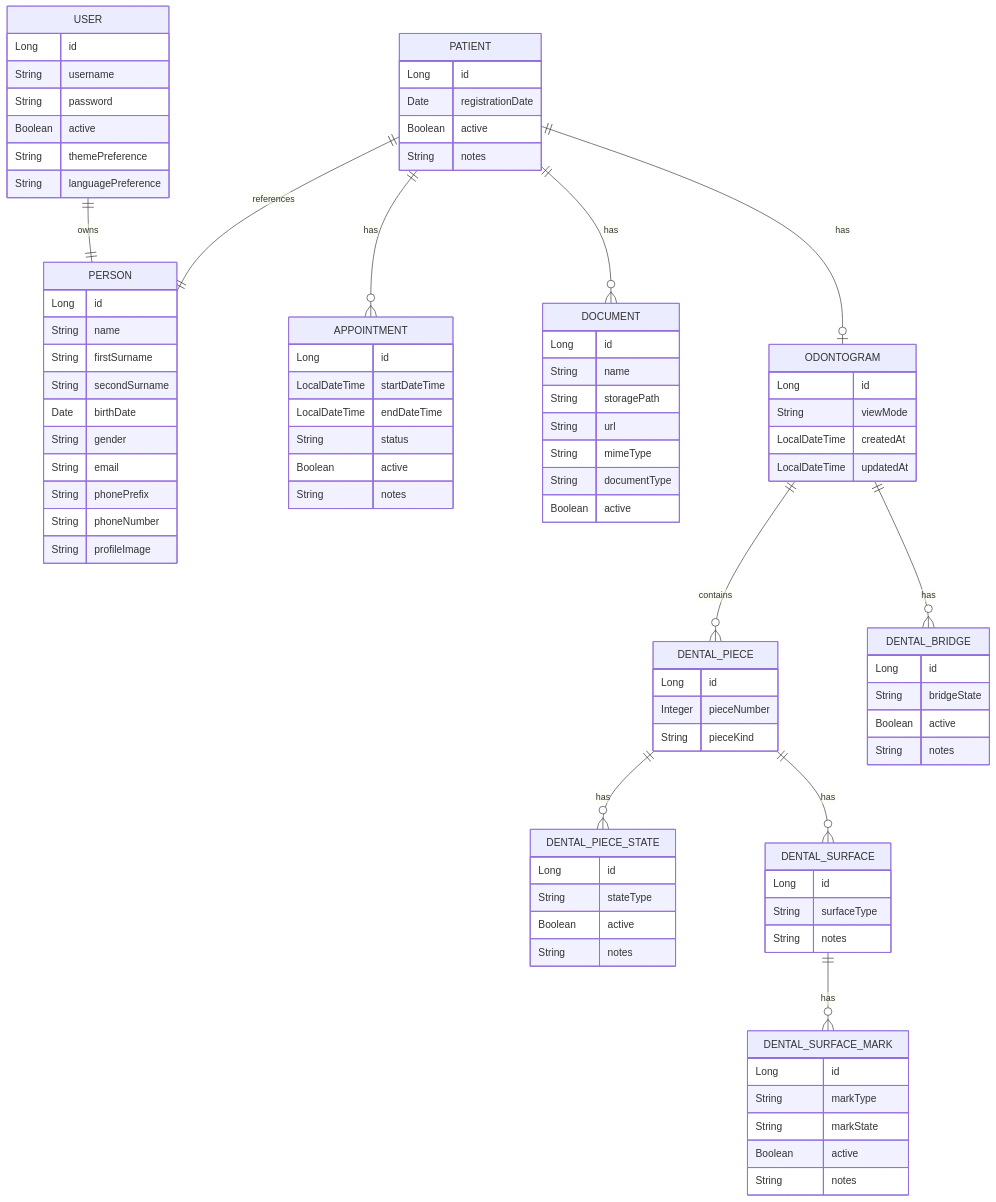
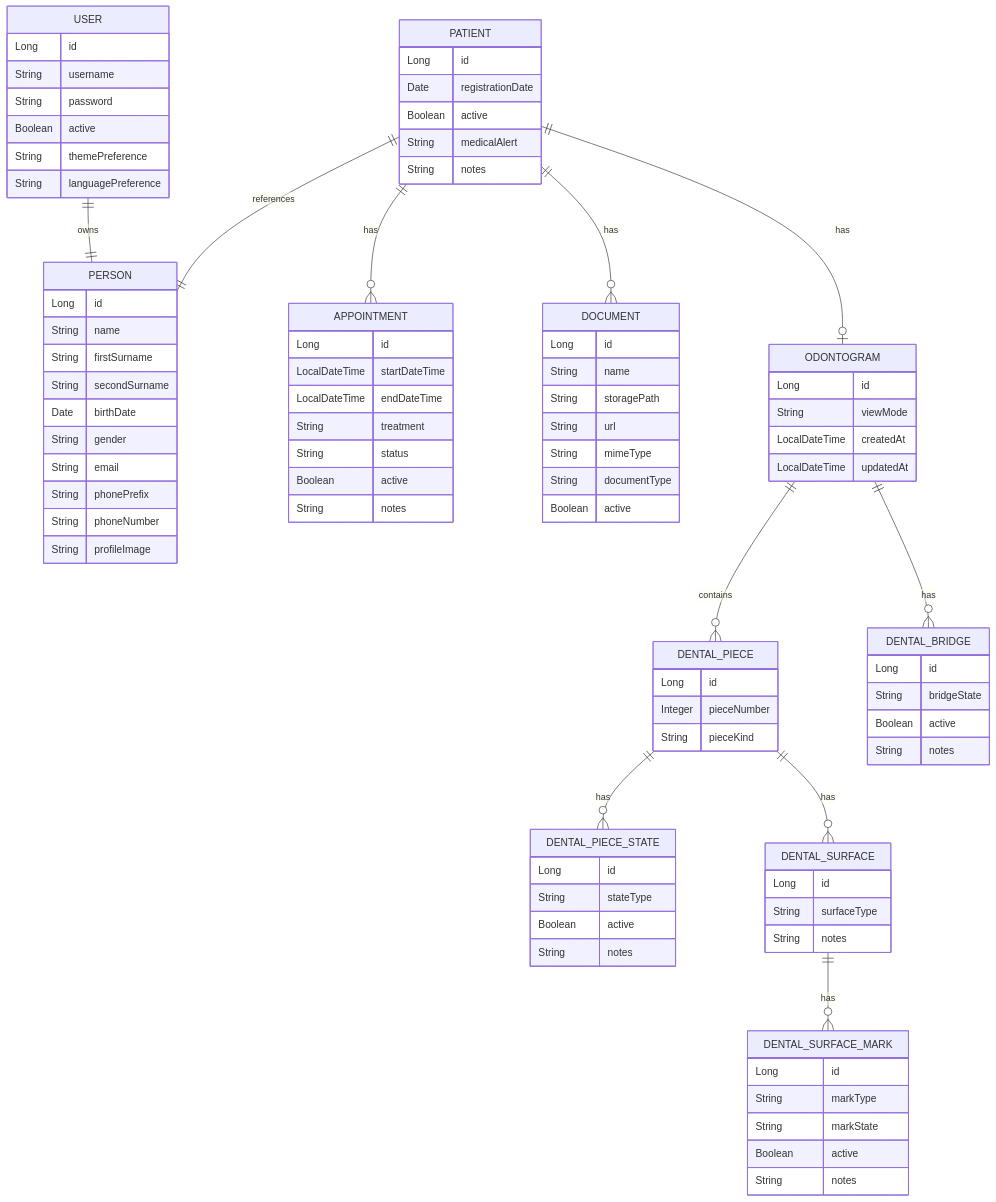
One commit to Eskibal/DentalPlus_Backend changed the sixth of 11 diagrams in README.md. Above: the diagram before and after it, drawn with Mermaid. The commit also changed other lines of this file and 57 other files, not shown here.

```diff
--- a/README.md
+++ b/README.md
@@ -1801,6 +1980,7 @@
         Long id
         Date registrationDate
         Boolean active
+        String medicalAlert
         String notes
     }
 
@@ -1808,6 +1988,7 @@
         Long id
         LocalDateTime startDateTime
         LocalDateTime endDateTime
+        String treatment
         String status
         Boolean active
         String notes
```
